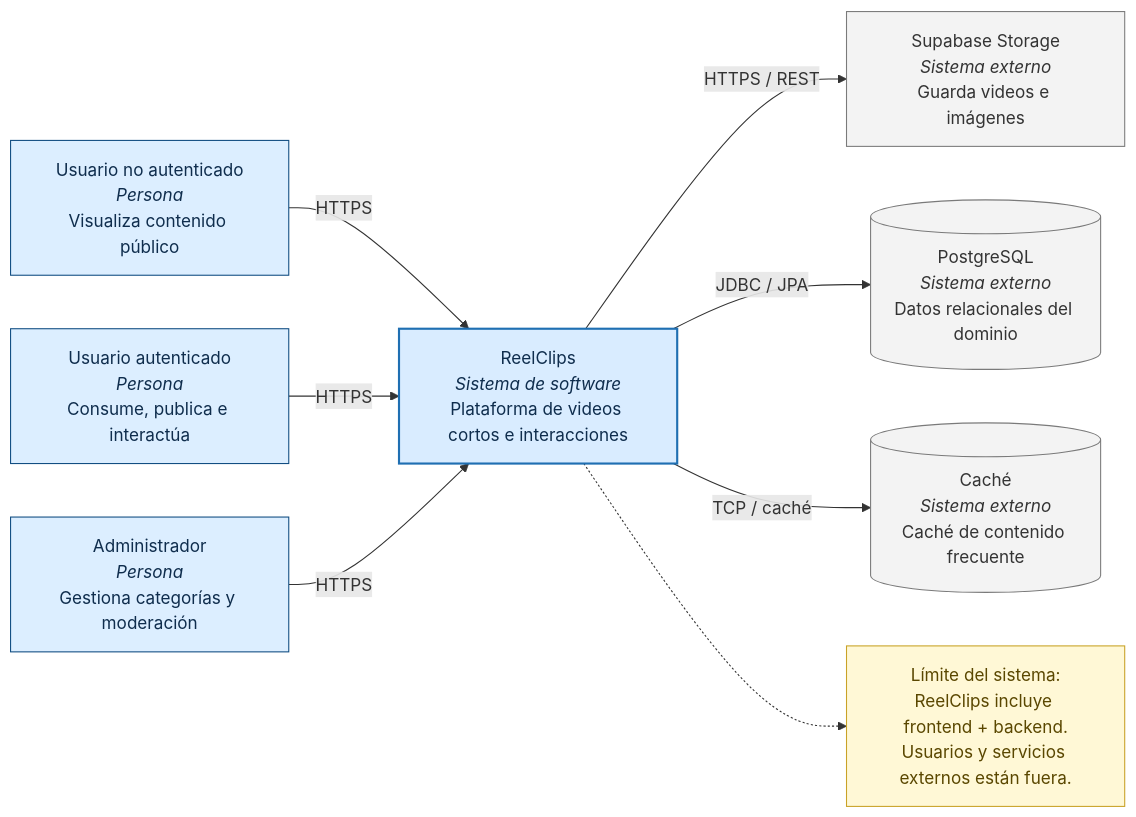
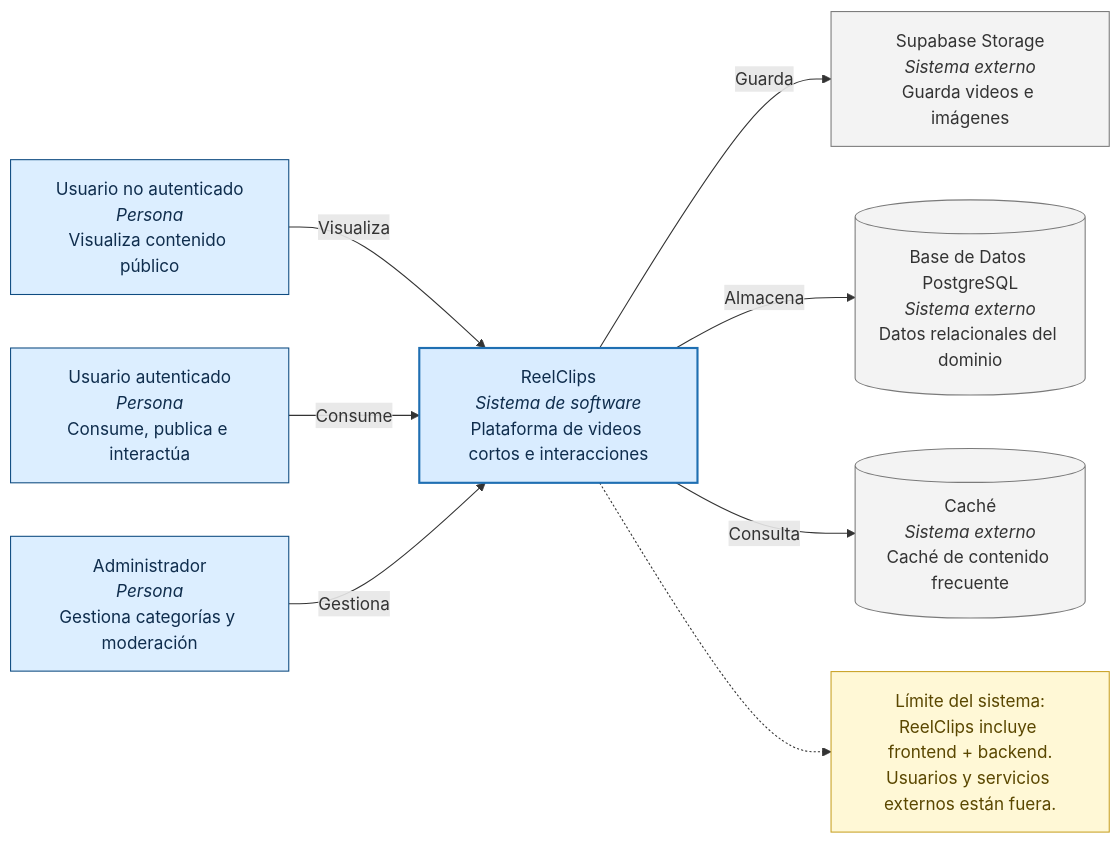
The diagram in docs/arquitectura/c4_models/Nivel 1 Context.md (ReelClipsOrg/reelclips-backend), drawn with Mermaid before and after one commit.

Commit message:
Update database description and interaction labels

````diff
--- a/docs/arquitectura/c4_models/Nivel 1 Context.md
+++ b/docs/arquitectura/c4_models/Nivel 1 Context.md
@@ -5,33 +5,33 @@
 ```mermaid
 flowchart LR
     %% =========================
     %% C4 Nivel 1 - CONTEXT
     %% ReelClips
     %% =========================
  
     classDef person fill:#dceeff,stroke:#0f4c81,stroke-width:1px,color:#0f2d4d;
     classDef system fill:#d9ecff,stroke:#1f6fb2,stroke-width:2px,color:#0f2d4d;
     classDef external fill:#f3f3f3,stroke:#7a7a7a,stroke-width:1px,color:#333;
     classDef note fill:#fff8d6,stroke:#c9a227,stroke-width:1px,color:#5a4700;
  
     U1[Usuario no autenticado<br/><i>Persona</i><br/>Visualiza contenido público]:::person
     U2[Usuario autenticado<br/><i>Persona</i><br/>Consume, publica e interactúa]:::person
     ADM[Administrador<br/><i>Persona</i><br/>Gestiona categorías y moderación]:::person
  
     RC[ReelClips<br/><i>Sistema de software</i><br/>Plataforma de videos cortos e interacciones]:::system
  
     SUPA[Supabase Storage<br/><i>Sistema externo</i><br/>Guarda videos e imágenes]:::external
-    DB[(PostgreSQL<br/><i>Sistema externo</i><br/>Datos relacionales del dominio)]:::external
+    DB[(Base de Datos PostgreSQL<br/><i>Sistema externo</i><br/>Datos relacionales del dominio)]:::external
     CACHÉ[(Caché<br/><i>Sistema externo</i><br/>Caché de contenido frecuente)]:::external
  
-    U1 -->|HTTPS| RC
-    U2 -->|HTTPS| RC
-    ADM -->|HTTPS| RC
+    U1 -->|Visualiza| RC
+    U2 -->|Consume| RC
+    ADM -->|Gestiona| RC
  
-    RC -->|HTTPS / REST| SUPA
-    RC -->|JDBC / JPA| DB
-    RC -->|TCP / caché| CACHÉ
+    RC -->|Guarda| SUPA
+    RC -->|Almacena| DB
+    RC -->|Consulta| CACHÉ
  
     note1["Límite del sistema:<br/>ReelClips incluye frontend + backend.<br/>Usuarios y servicios externos están fuera."]:::note
     RC -.-> note1
 ```
````
